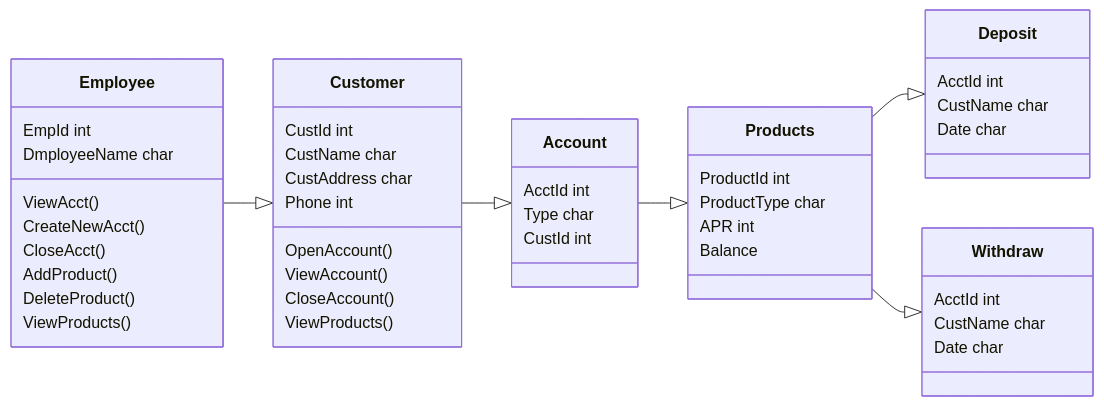
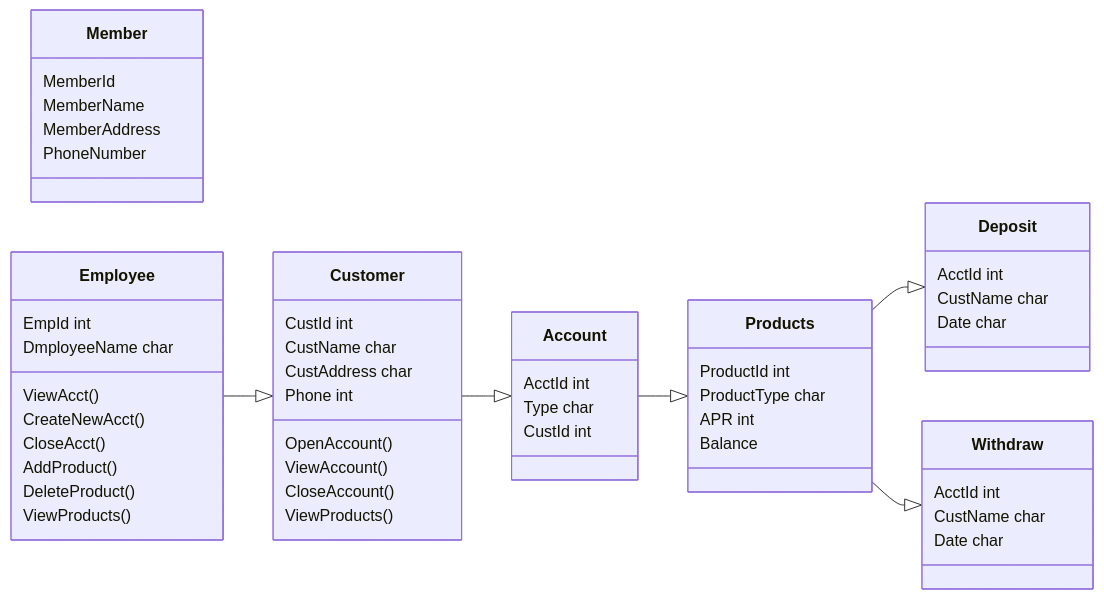
Before and after one commit to Marcus-Snell/Test: the diagram in mermaid.md, drawn with Mermaid.

````diff
--- a/mermaid.md
+++ b/mermaid.md
@@ -1,48 +1,54 @@
 ```mermaid
 classDiagram
-  direction LR
-  Employee
-    Employee : EmpId int
-    Employee : DmployeeName char
-    Employee : ViewAcct()
-    Employee : CreateNewAcct()
-    Employee : CloseAcct()
-    Employee : AddProduct()
-    Employee : DeleteProduct()
-    Employee : ViewProducts()
+direction LR
+Member
+Member : MemberId
+Member : MemberName
+Member : MemberAddress
+Member : PhoneNumber
+
+Employee
+Employee : EmpId int
+Employee : DmployeeName char
+Employee : ViewAcct()
+Employee : CreateNewAcct()
+Employee : CloseAcct()
+Employee : AddProduct()
+Employee : DeleteProduct()
+Employee : ViewProducts()
   
 
 Customer --|> Account
 Customer : CustId int
 Customer : CustName char
 Customer : CustAddress char
 Customer : Phone int
 Customer : OpenAccount()
 Customer : ViewAccount()
 Customer : CloseAccount()
 Customer : ViewProducts()
 
 Account --|> Products
 Account : AcctId int
 Account : Type char
 Account : CustId int
 
 Deposit
 Deposit : AcctId int
 Deposit : CustName char
 Deposit : Date char
 
 Withdraw
 Withdraw : AcctId int
 Withdraw : CustName char
 Withdraw : Date char
 
 Products --|> Deposit
 Products --|> Withdraw
 Products : ProductId int
 Products : ProductType char
 Products : APR int
 Products : Balance
 
 Employee --|> Customer
 ```
````
